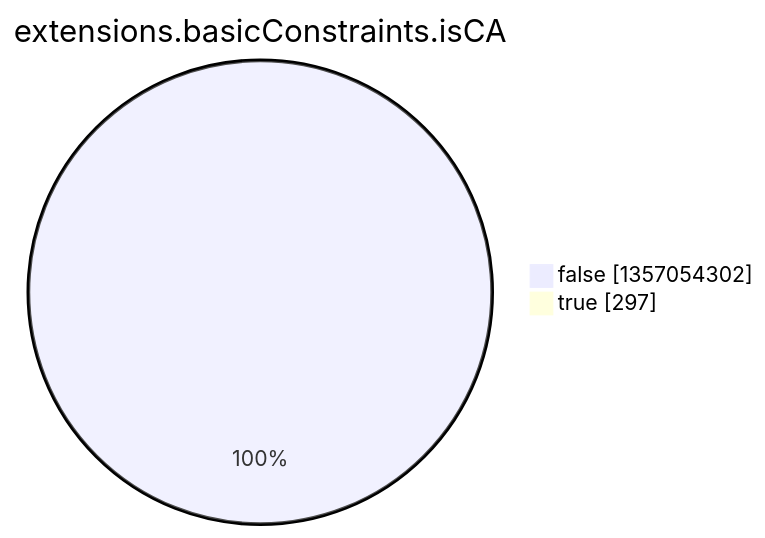
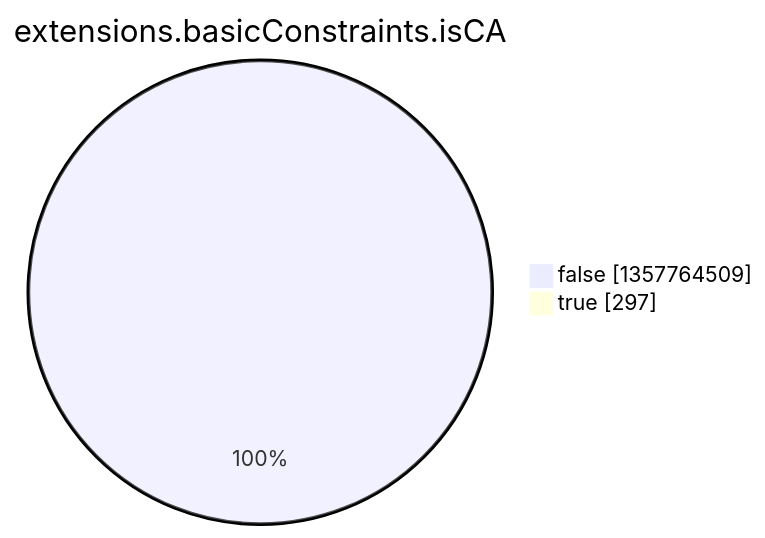
Before and after one commit to christiankrug/ctmonitor_visualization: the eighth of 15 diagrams in argon2022/README.md, drawn with Mermaid. The commit also changed other lines of this file, not shown here.

````diff
--- a/argon2022/README.md
+++ b/argon2022/README.md
@@ -2758,6 +2758,6 @@
 ```mermaid
 pie showData
 title extensions.basicConstraints.isCA
-"false" :1357054302
+"false" :1357764509
 "true" :297
 ```
````
